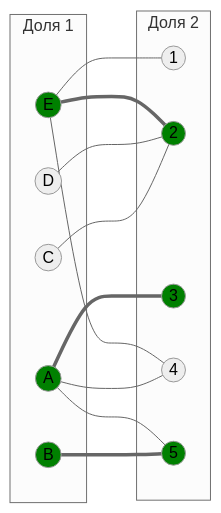
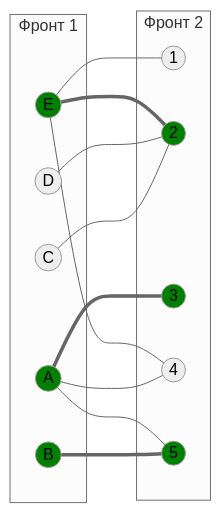
The third of 11 diagrams in Задание 8/DIVI.md (algos-ris-24-5/manual-tasks), drawn with Mermaid (neutral theme) before and after one commit. The commit also changed other lines of this file, not shown here.

````diff
--- a/Задание 8/DIVI.md
+++ b/Задание 8/DIVI.md
@@ -95,33 +94,33 @@
 ```mermaid
 graph LR
-    subgraph "Доля 1"
+    subgraph "Фронт 1"
         A((A))
         B((B))
         C((C))
         D((D))
         E((E))
     end
-    subgraph "Доля 2"
+    subgraph "Фронт 2"
         1((1))
         2((2))
         3((3))
         4((4))
         5((5))
     end
     A === 3
     A --- 4
     B === 5
     C --- 2
     D --- 2
     E --- 1
     E --- 4
     A --- 5
     E === 2
     
     style A fill:#008000
     style E fill:#008000
     style B fill:#008000
     style 2 fill:#008000
     style 3 fill:#008000
     style 5 fill:#008000
 ```
````
